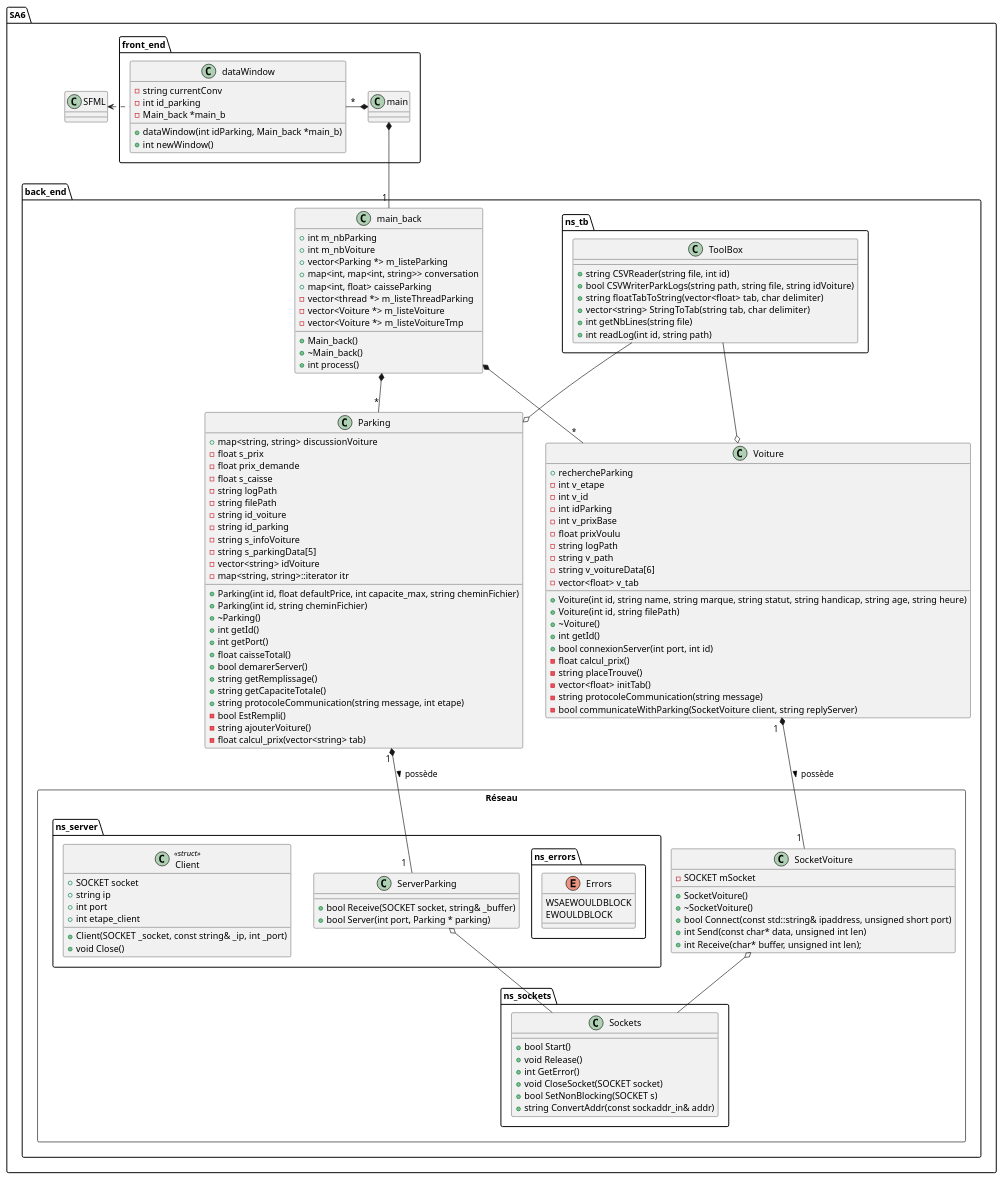
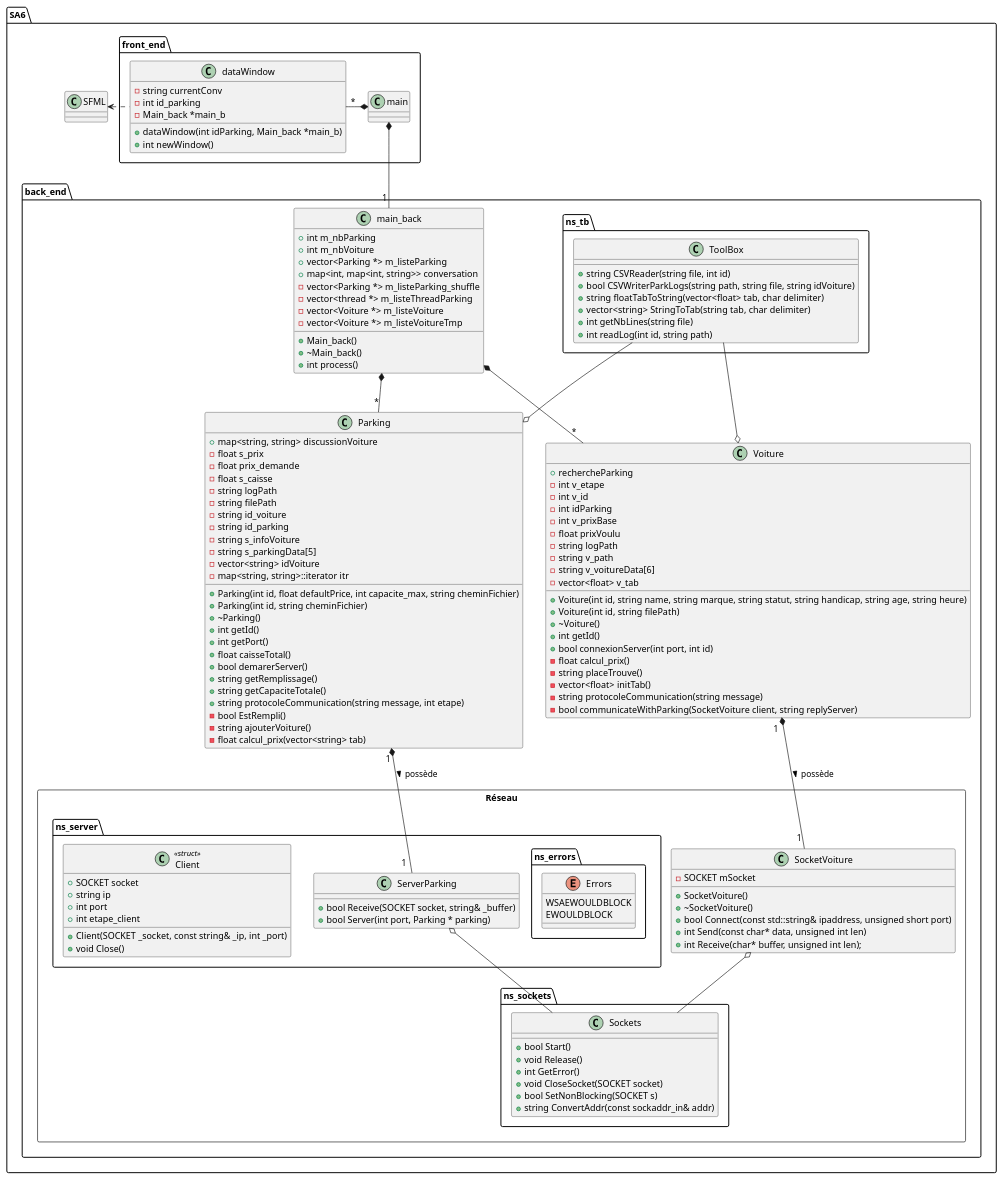
One commit to KevinFroissart/SA6_CarPark_AI changed the diagram in SA6/doc/uml.plantuml. Above: the diagram before and after it, drawn with PlantUML. The commit also changed 65 other files, not shown here.

Commit message:
update doc & uml

```diff
--- a/SA6/doc/uml.plantuml
+++ b/SA6/doc/uml.plantuml
@@ -1,171 +1,171 @@
 @startuml SA6_uml
 
 package SA6 {
 
     package front_end {
         class main {}
         class dataWindow {
             - string currentConv
             - int id_parking
             - Main_back *main_b
 
             + dataWindow(int idParking, Main_back *main_b)
             + int newWindow()
         }
     }
 
     class SFML {}
 
     package back_end {
 
         class main_back {
             + int m_nbParking
             + int m_nbVoiture
             + vector<Parking *> m_listeParking
             + map<int, map<int, string>> conversation
-            + map<int, float> caisseParking
+            - vector<Parking *> m_listeParking_shuffle
             - vector<thread *> m_listeThreadParking
             - vector<Voiture *> m_listeVoiture
             - vector<Voiture *> m_listeVoitureTmp
 
             + Main_back()
             + ~Main_back()
             + int process()
         }
 
         package ns_tb {
             class ToolBox {
                 + string CSVReader(string file, int id)
                 + bool CSVWriterParkLogs(string path, string file, string idVoiture)
                 + string floatTabToString(vector<float> tab, char delimiter)
                 + vector<string> StringToTab(string tab, char delimiter)
                 + int getNbLines(string file)
                 + int readLog(int id, string path)
 
             }
         }
         
         class Parking {
             + map<string, string> discussionVoiture
             - float s_prix
             - float prix_demande
             - float s_caisse
             - string logPath
             - string filePath
             - string id_voiture
             - string id_parking
             - string s_infoVoiture
             - string s_parkingData[5]
             - vector<string> idVoiture
             - map<string, string>::iterator itr
 
             + Parking(int id, float defaultPrice, int capacite_max, string cheminFichier)
             + Parking(int id, string cheminFichier)
             + ~Parking()
             + int getId()
             + int getPort()
             + float caisseTotal()
             + bool demarerServer()
             + string getRemplissage()
             + string getCapaciteTotale()
             + string protocoleCommunication(string message, int etape)
             - bool EstRempli()
             - string ajouterVoiture()
             - float calcul_prix(vector<string> tab)
         }
 
         Class Voiture {
             + rechercheParking
             - int v_etape
             - int v_id
             - int idParking
             - int v_prixBase
             - float prixVoulu
             - string logPath
             - string v_path
             - string v_voitureData[6]
             - vector<float> v_tab
 
             + Voiture(int id, string name, string marque, string statut, string handicap, string age, string heure)
             + Voiture(int id, string filePath)
             + ~Voiture()
             + int getId()
             + bool connexionServer(int port, int id)
             - float calcul_prix()
             - string placeTrouve()
             - vector<float> initTab()
             - string protocoleCommunication(string message)
             - bool communicateWithParking(SocketVoiture client, string replyServer)
         }
 
         package Réseau <<Rectangle>> {
 
             package ns_server {
                 Class ServerParking {
                     + bool Receive(SOCKET socket, string& _buffer)
                     + bool Server(int port, Parking * parking)
                 }
 
                 package ns_errors {
                     enum Errors {
                         WSAEWOULDBLOCK
                         EWOULDBLOCK
                     }
                 }
 
                 Class Client << struct >> {
                     + SOCKET socket
                     + string ip
                     + int port
                     + int etape_client
 
                     + Client(SOCKET _socket, const string& _ip, int _port)
                     + void Close()
                 }
             }
 
             Class SocketVoiture {
                 - SOCKET mSocket
 
                 + SocketVoiture()
                 + ~SocketVoiture()
                 + bool Connect(const std::string& ipaddress, unsigned short port)
                 + int Send(const char* data, unsigned int len)
                 + int Receive(char* buffer, unsigned int len);	
             }
 
             package ns_sockets{
 
                 Class Sockets {
 
                     + bool Start()
                     + void Release()
                     + int GetError()
                     + void CloseSocket(SOCKET socket)
                     + bool SetNonBlocking(SOCKET s)
                     + string ConvertAddr(const sockaddr_in& addr)    
                 }
             }
         }
     }
 }
 
 dataWindow .left.> SFML
 
 main *-left- "*" dataWindow
 main *-down-  "1 " main_back
 
 main_back *-- "*" Voiture
 main_back *-- "*" Parking
 
 ToolBox --o Voiture
 ToolBox --o Parking
 
 Parking "1 " *-- "1  " ServerParking : > possède
 Voiture "1  " *-- "1 " SocketVoiture : possède >
 
 SocketVoiture o-- Sockets
 ServerParking o-- Sockets
 
 
 @enduml
```
